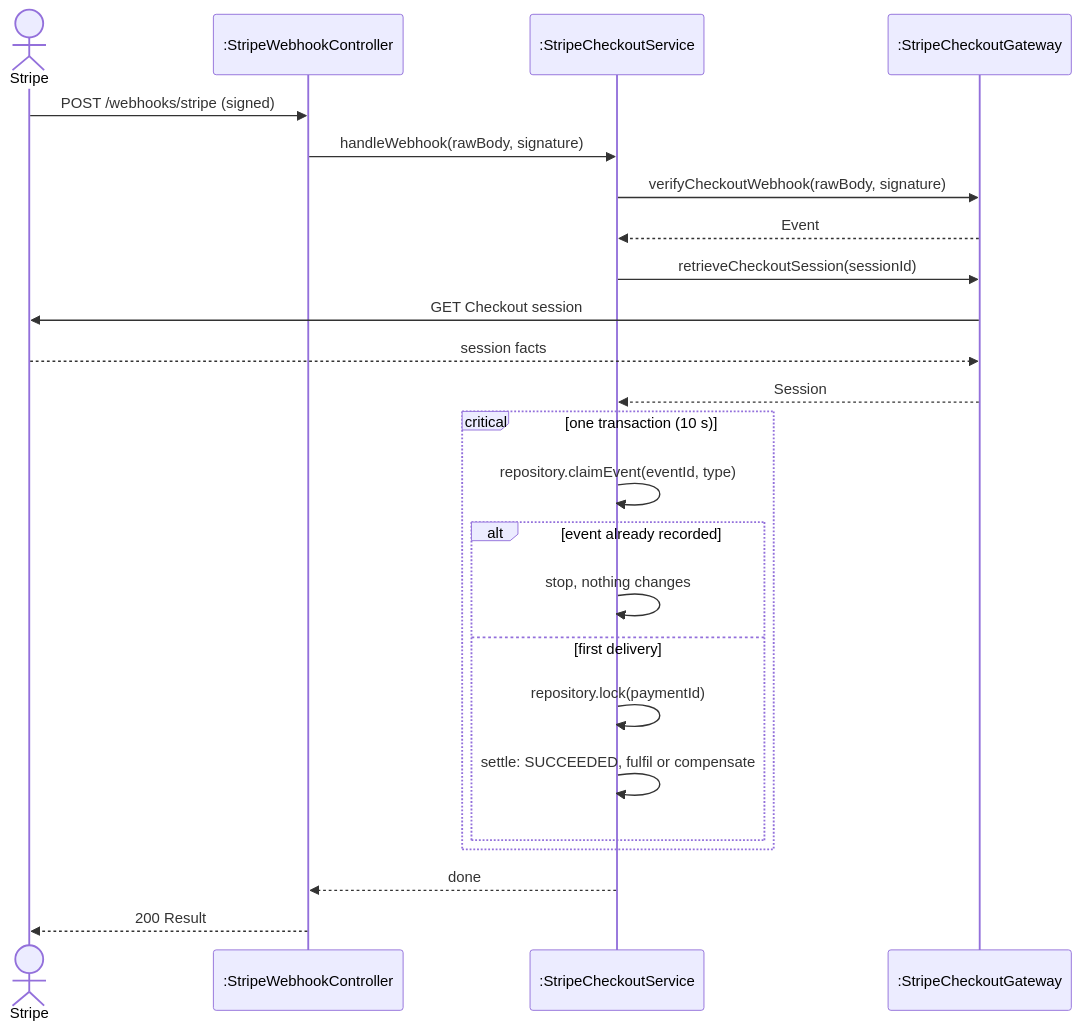
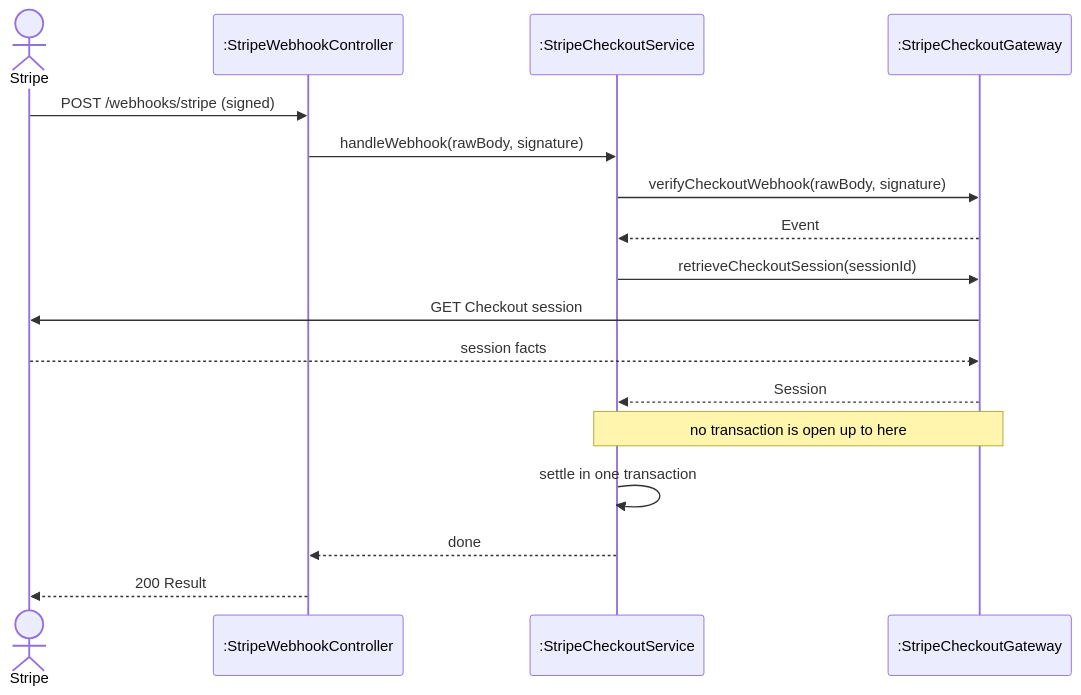
The fourth of 10 diagrams in docs/swe5006/report/sections/03-2b-transition-5-7-yorik.md (PPsyrius/iss-groupbuy-team8), drawn with Mermaid before and after one commit. The commit also changed other lines of this file and 60 other files, not shown here.

First line of the commit message:
docs(report): template format, VP-style UML and fact fixes (#463, #695) (#704)

````diff
--- a/docs/swe5006/report/sections/03-2b-transition-5-7-yorik.md
+++ b/docs/swe5006/report/sections/03-2b-transition-5-7-yorik.md
@@ -168,26 +169,19 @@
 ```mermaid
 sequenceDiagram
     actor S as Stripe
     participant W as :StripeWebhookController
     participant A as :StripeCheckoutService
     participant G as :StripeCheckoutGateway
     S->>W: POST /webhooks/stripe (signed)
     W->>A: handleWebhook(rawBody, signature)
     A->>G: verifyCheckoutWebhook(rawBody, signature)
     G-->>A: Event
     A->>G: retrieveCheckoutSession(sessionId)
     G->>S: GET Checkout session
     S-->>G: session facts
     G-->>A: Session
-    critical one transaction (10 s)
-        A->>A: repository.claimEvent(eventId, type)
-        alt event already recorded
-            A->>A: stop, nothing changes
-        else first delivery
-            A->>A: repository.lock(paymentId)
-            A->>A: settle: SUCCEEDED, fulfil or compensate
-        end
-    end
+    Note over A,G: no transaction is open up to here
+    A->>A: settle in one transaction
     A-->>W: done
     W-->>S: 200 Result
 ```
````
